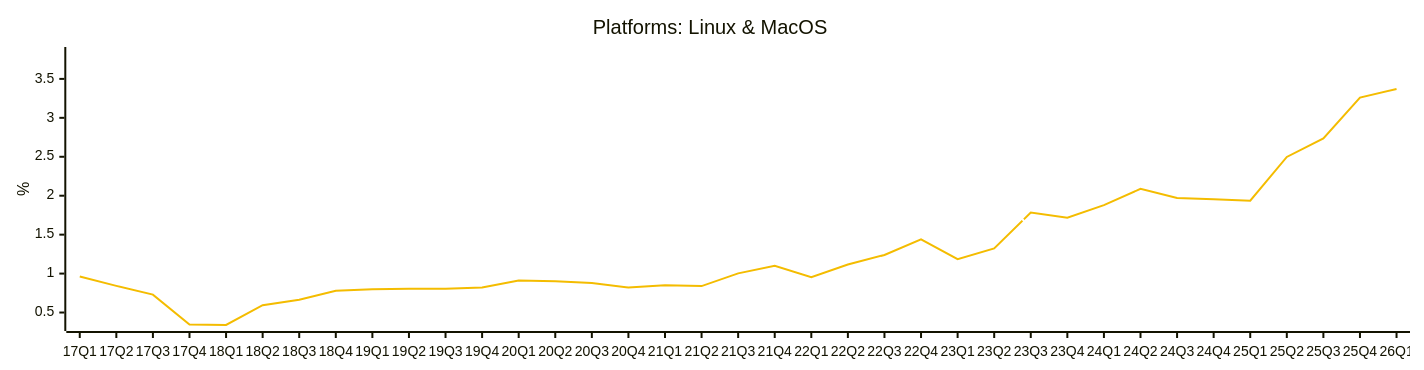
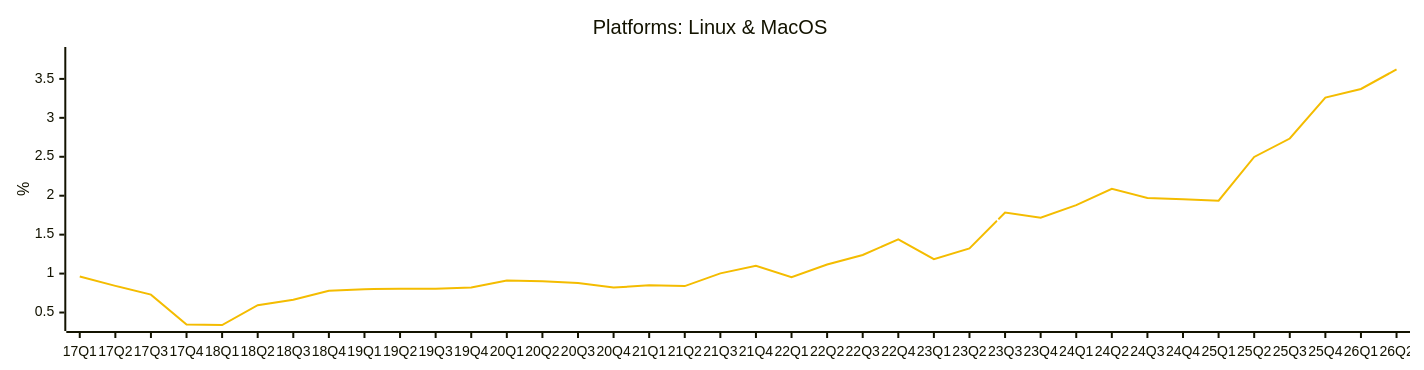
One commit to jdegene/steamHWsurvey changed diagram 14 of 31 in README.md. Above: the diagram before and after it, drawn with Mermaid. The commit also changed other lines of this file and 3 other files, not shown here.

````diff
--- a/README.md
+++ b/README.md
@@ -465,20 +465,20 @@
 ```mermaid
 ---
 config:
     xyChart:
         width: 1400
         height: 350
         
     themeVariables:
         xyChart:
             plotColorPalette: "#F4BC00,#FFFFFF"
 
 --- 
 
 xychart-beta
     title "Platforms: Linux & MacOS"
-    x-axis [17Q1, 17Q2, 17Q3, 17Q4, 18Q1, 18Q2, 18Q3, 18Q4, 19Q1, 19Q2, 19Q3, 19Q4, 20Q1, 20Q2, 20Q3, 20Q4, 21Q1, 21Q2, 21Q3, 21Q4, 22Q1, 22Q2, 22Q3, 22Q4, 23Q1, 23Q2, 23Q3, 23Q4, 24Q1, 24Q2, 24Q3, 24Q4, 25Q1, 25Q2, 25Q3, 25Q4, 26Q1]
+    x-axis [17Q1, 17Q2, 17Q3, 17Q4, 18Q1, 18Q2, 18Q3, 18Q4, 19Q1, 19Q2, 19Q3, 19Q4, 20Q1, 20Q2, 20Q3, 20Q4, 21Q1, 21Q2, 21Q3, 21Q4, 22Q1, 22Q2, 22Q3, 22Q4, 23Q1, 23Q2, 23Q3, 23Q4, 24Q1, 24Q2, 24Q3, 24Q4, 25Q1, 25Q2, 25Q3, 25Q4, 26Q1, 26Q2]
     y-axis "%" 
-    line [0.9629629629629629, 0.8423321167084589, 0.7295250063832225, 0.34668011817717975, 0.3398441306938039, 0.593525424245181, 0.6635581054241466, 0.7792481571540832, 0.7990978622832221, 0.8058119058824723, 0.8067585706598314, 0.8207457332870973, 0.9099957124504154, 0.9030286917823621, 0.8788043122276096, 0.8207647312985304, 0.849437247823317, 0.8395141763634049, 1.0026071423190688, 1.101331564818539, 0.9541877779899417, 1.1169806037716354, 1.239522611427655, 1.4385604115105164, 1.1853985164006193, 1.322420043350276, 1.7838913196090922, 1.7184094503474305, 1.8789606726989223, 2.0875864781679585, 1.9709605011684648, 1.9549152742872884, 1.9352274566892893, 2.497657992915939, 2.7343770019775966, 3.2605972734749162, 3.3708209433303082]
-    line [3.216630196936542, 3.004129474095911, 2.9447565259599298, 1.435682107395198, 1.430910150994627, 2.9938298498795453, 2.823870594502083, 3.1158821949711433, 3.217267240929559, 3.0001411831144997, 3.002216244907254, 3.0405102865071676, 3.364364205649554, 3.832442067736185, 3.3352458205559405, 3.181915313214408, 3.1630112200550875, 2.7983351630961173, 2.49275301274799, 2.6943252265140676, 2.583985782083982, 2.313946216385241, 2.331434627102927, 2.379708991408111, 2.1308509808416556, 2.1483948101606822, 1.5676751098470096, 1.361030106909568, 1.4162036189390939, 1.3421722666974256, 1.3103909436762908, 1.3046685143432795, 1.30661898329446, 1.7428606096422532, 1.850120918737636, 2.0933264346933806, 2.071167671088301]
+    line [0.9629629629629629, 0.8423321167084589, 0.7295250063832225, 0.34668011817717975, 0.3398441306938039, 0.593525424245181, 0.6635581054241466, 0.7792481571540832, 0.7990978622832221, 0.8058119058824723, 0.8067585706598311, 0.8207457332870973, 0.9099957124504154, 0.9030286917823623, 0.8788043122276098, 0.8207647312985304, 0.849437247823317, 0.8395141763634049, 1.0026071423190688, 1.101331564818539, 0.9541877779899417, 1.1169806037716354, 1.239522611427655, 1.4385604115105164, 1.1853985164006193, 1.322420043350276, 1.7838913196090922, 1.7184094503474305, 1.8789606726989219, 2.0875864781679585, 1.9709605011684648, 1.9549152742872884, 1.9352274566892893, 2.4976579929159386, 2.734377001977596, 3.2605972734749162, 3.3708209433303082, 3.621794871794875]
+    line [3.216630196936543, 3.004129474095911, 2.9447565259599298, 1.435682107395198, 1.430910150994627, 2.9938298498795453, 2.823870594502083, 3.1158821949711433, 3.217267240929559, 3.0001411831144997, 3.002216244907254, 3.040510286507167, 3.364364205649554, 3.832442067736185, 3.3352458205559405, 3.181915313214408, 3.1630112200550875, 2.7983351630961173, 2.49275301274799, 2.6943252265140676, 2.583985782083982, 2.313946216385241, 2.331434627102927, 2.379708991408111, 2.1308509808416556, 2.1483948101606822, 1.5676751098470096, 1.361030106909568, 1.4162036189390939, 1.3421722666974256, 1.3103909436762908, 1.3046685143432795, 1.30661898329446, 1.7428606096422532, 1.850120918737636, 2.0933264346933806, 2.071167671088301, 2.0104771343621697]
 ``` 
````
